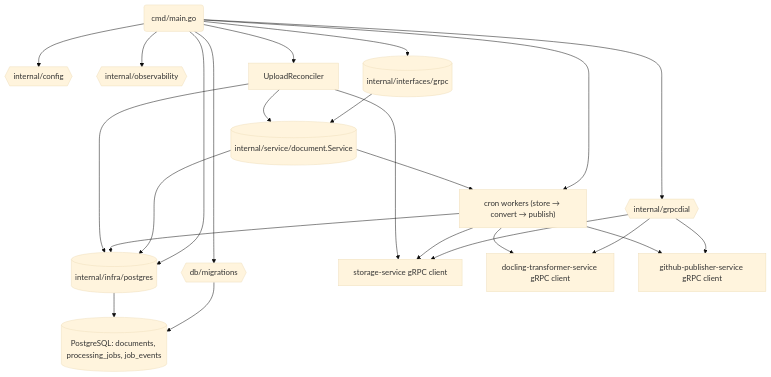
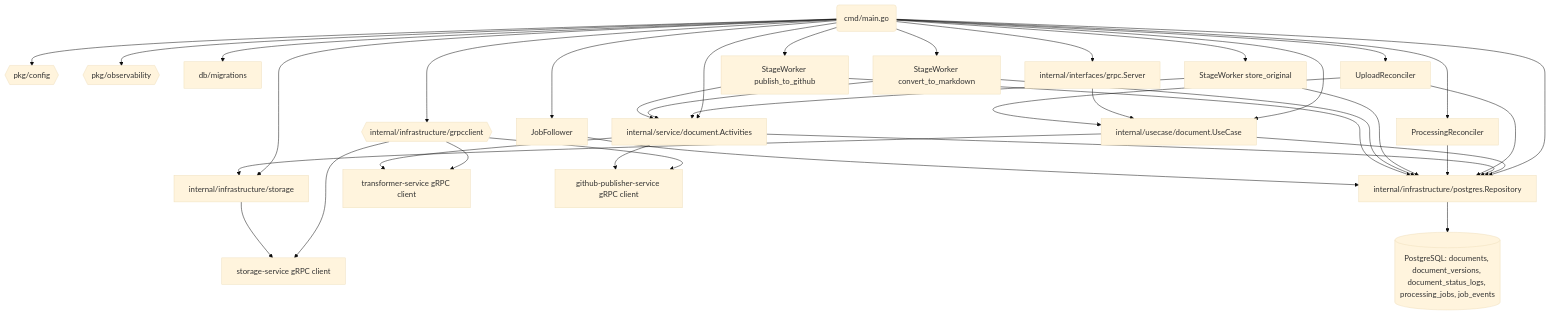
One commit to FedorovTeam/mono-repo changed the diagram in backend/document-service/code.md. Above: the diagram before and after it, drawn with Mermaid (base theme). The commit also changed other lines of this file, not shown here.

Commit message:
Update document-service code diagram

````diff
--- a/backend/document-service/code.md
+++ b/backend/document-service/code.md
@@ -3,31 +3,45 @@
 ```mermaid
 flowchart TD
-    main("cmd/main.go") --> configLoader{{"internal/config"}}
-    main --> observability{{"internal/observability"}}
-    main --> migrations{{"db/migrations"}}
-    main --> repo
-    main --> grpcDial{{"internal/grpcdial"}}
-    main --> jobWorkers["cron workers (store → convert → publish)"]
+    main("cmd/main.go") --> config{{"pkg/config"}}
+    main --> observability{{"pkg/observability"}}
+    main --> migrations["db/migrations"]
+    main --> repo["internal/infrastructure/postgres.Repository"]
+    main --> grpcDial{{"internal/infrastructure/grpcclient"}}
+    main --> storageAdapter["internal/infrastructure/storage"]
+    main --> usecase["internal/usecase/document.UseCase"]
+    main --> activities["internal/service/document.Activities"]
     main --> uploadReconciler["UploadReconciler"]
-    main --> grpcServer
+    main --> processingReconciler["ProcessingReconciler"]
+    main --> stageStore["StageWorker store_original"]
+    main --> stageConvert["StageWorker convert_to_markdown"]
+    main --> stagePublish["StageWorker publish_to_github"]
+    main --> jobFollower["JobFollower"]
+    main --> grpcServer["internal/interfaces/grpc.Server"]
 
-    migrations --> db[(PostgreSQL: documents, processing_jobs, job_events)]
-    repo[(internal/infra/postgres)] --> db
-
+    repo --> db[(PostgreSQL: documents, document_versions, document_status_logs, processing_jobs, job_events)]
     grpcDial --> storageClient["storage-service gRPC client"]
-    grpcDial --> transformerClient["docling-transformer-service gRPC client"]
+    grpcDial --> transformerClient["transformer-service gRPC client"]
     grpcDial --> publisherClient["github-publisher-service gRPC client"]
 
-    grpcServer[(internal/interfaces/grpc)] --> service
-    service[(internal/service/document.Service)] --> repo
-    service --> jobWorkers
+    storageAdapter --> storageClient
+    usecase --> repo
+    usecase --> storageAdapter
+    grpcServer --> usecase
 
-    jobWorkers --> repo
-    jobWorkers --> storageClient
-    jobWorkers --> transformerClient
-    jobWorkers --> publisherClient
+    activities --> repo
+    activities --> transformerClient
+    activities --> publisherClient
 
     uploadReconciler --> repo
-    uploadReconciler --> storageClient
-    uploadReconciler --> service
+    uploadReconciler --> usecase
+    processingReconciler --> repo
+
+    stageStore --> repo
+    stageConvert --> repo
+    stagePublish --> repo
+    stageStore --> activities
+    stageConvert --> activities
+    stagePublish --> activities
+
+    jobFollower --> repo
 ```
````
